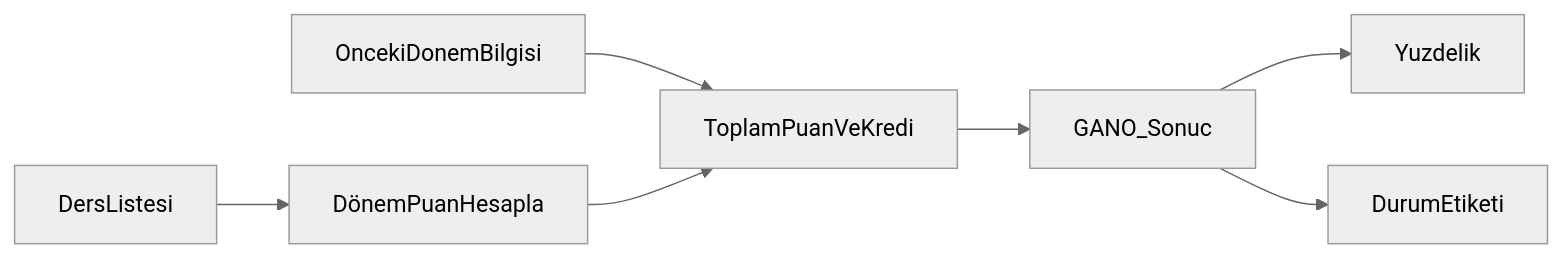
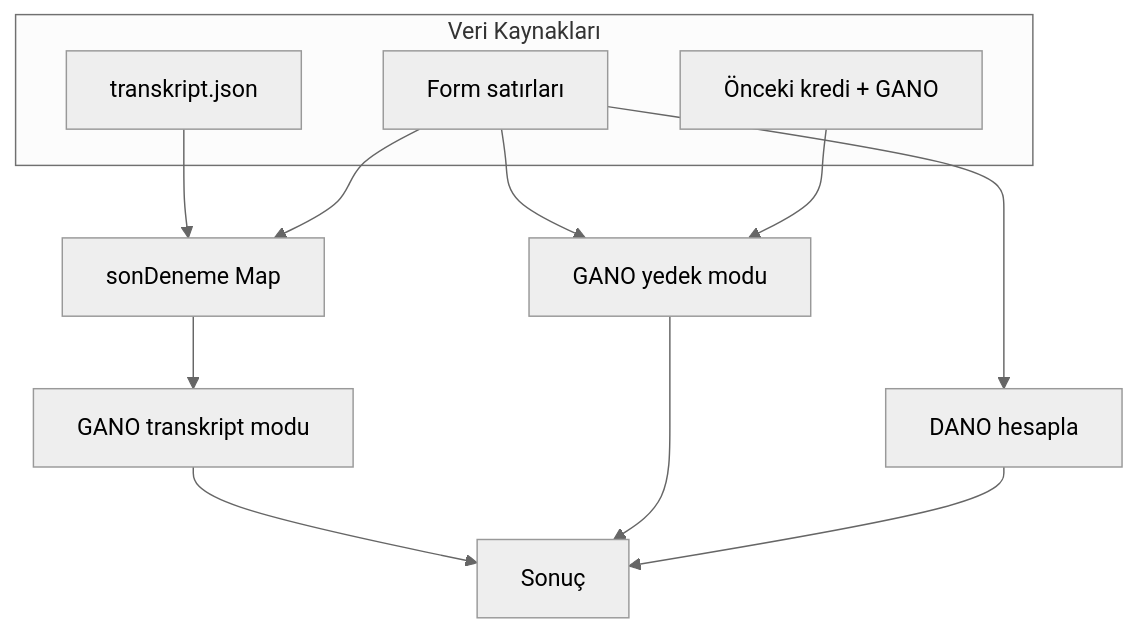
Before and after one commit to dogukannparlak/Kredi-Hesaplama-GANO-DANO: the diagram in README.md, drawn with Mermaid (neutral theme). The commit also changed other lines of this file and 9 other files, not shown here.

````diff
--- a/README.md
+++ b/README.md
@@ -144,9 +215,17 @@
 ```mermaid
-flowchart LR
-    input[DersListesi] --> calc[DönemPuanHesapla]
-    prev[OncekiDonemBilgisi] --> merge[ToplamPuanVeKredi]
-    calc --> merge
-    merge --> gano[GANO_Sonuc]
-    gano --> yuzde[Yuzdelik]
-    gano --> durum[DurumEtiketi]
+flowchart TB
+    subgraph inputs [Veri Kaynakları]
+        JSON[transkript.json]
+        Form[Form satırları]
+        Fallback[Önceki kredi + GANO]
+    end
+    Form --> DANO[DANO hesapla]
+    JSON --> Map[sonDeneme Map]
+    Form --> Map
+    Map --> GANO1[GANO transkript modu]
+    Form --> GANO2[GANO yedek modu]
+    Fallback --> GANO2
+    GANO1 --> Sonuc[Sonuç]
+    GANO2 --> Sonuc
+    DANO --> Sonuc
 ```
````
